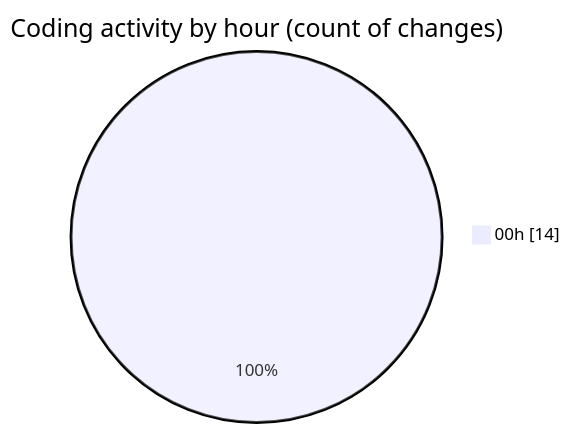
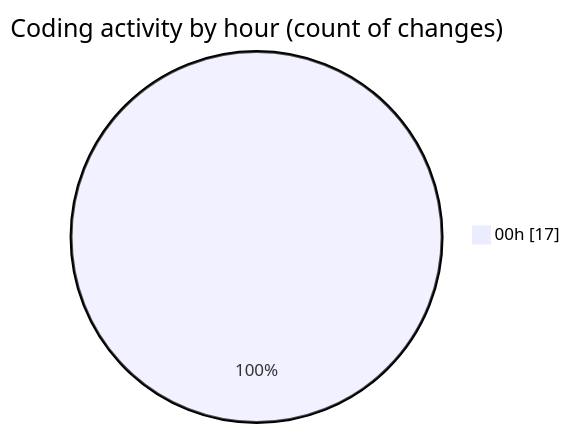
One commit to lephambinh05/code-tracking changed the second of 2 diagrams in 2025-08-03/studybuddy/README.md. Above: the diagram before and after it, drawn with Mermaid. The commit also changed other lines of this file and 1 other file, not shown here.

````diff
--- a/2025-08-03/studybuddy/README.md
+++ b/2025-08-03/studybuddy/README.md
@@ -39,5 +40,5 @@
 ```mermaid
 pie showData
 title Coding activity by hour (count of changes)
-"00h" : 14
+"00h" : 17
 ```
````
